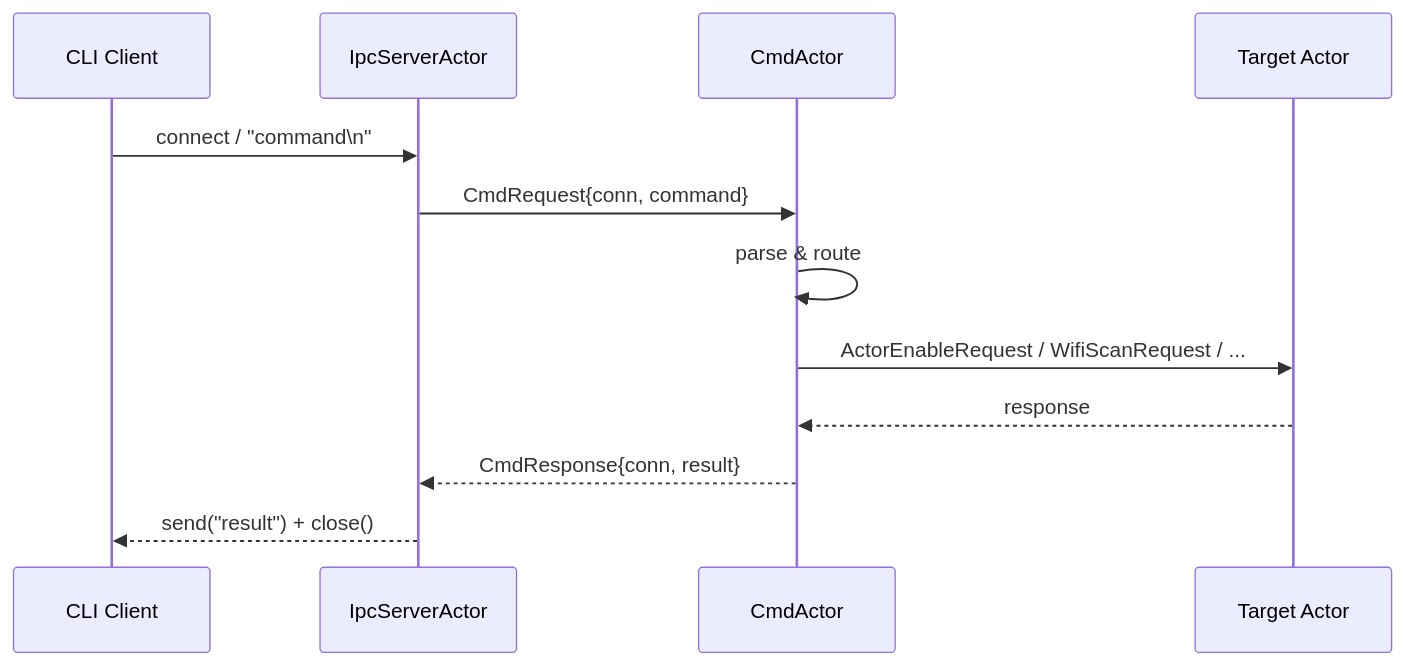
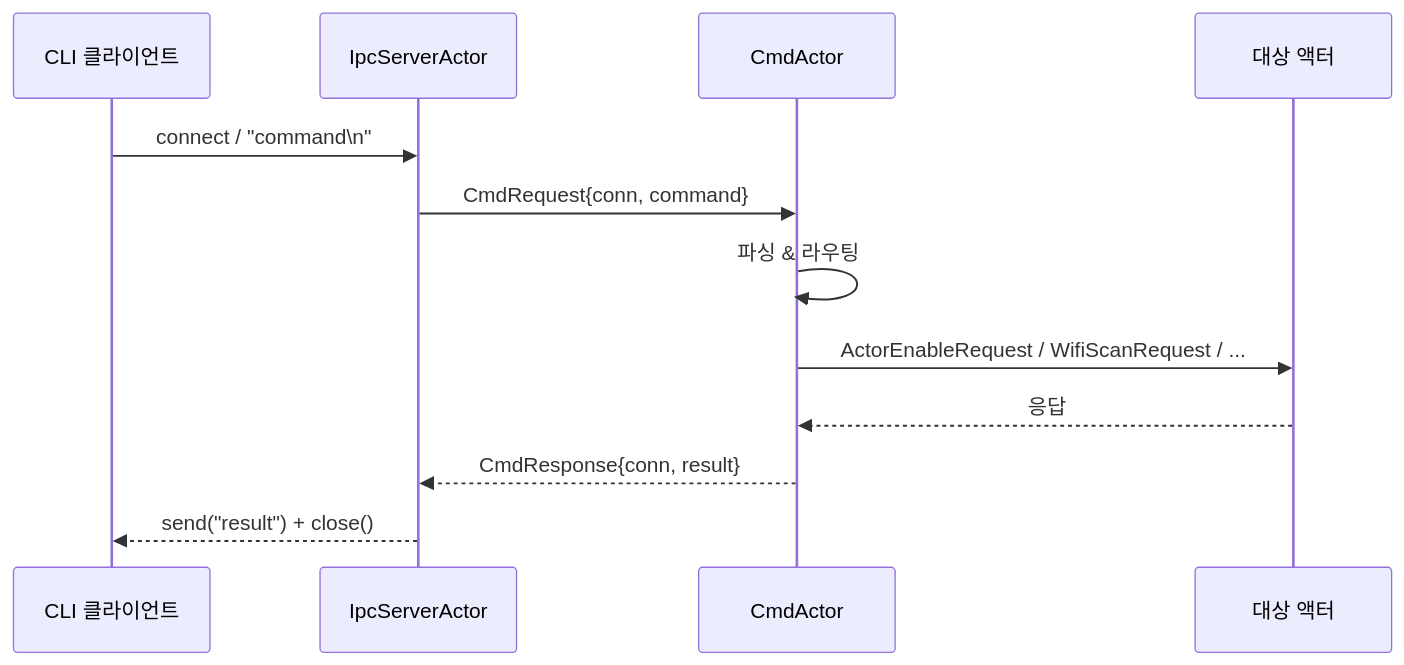
The first of 2 diagrams in docs/architecture/README.md (shoenkh15324/V2-Engine), drawn with Mermaid before and after one commit. The commit also changed other lines of this file and 5 other files, not shown here.

````diff
--- a/docs/architecture/README.md
+++ b/docs/architecture/README.md
@@ -274,15 +274,15 @@
 ```mermaid
 sequenceDiagram
-    participant CLI as CLI Client
+    participant CLI as CLI 클라이언트
     participant IPC as IpcServerActor
     participant CMD as CmdActor
-    participant TGT as Target Actor
+    participant TGT as 대상 액터
 
     CLI->>IPC: connect / "command\n"
     IPC->>CMD: CmdRequest{conn, command}
-    CMD->>CMD: parse & route
+    CMD->>CMD: 파싱 & 라우팅
     CMD->>TGT: ActorEnableRequest / WifiScanRequest / ...
-    TGT-->>CMD: response
+    TGT-->>CMD: 응답
     CMD-->>IPC: CmdResponse{conn, result}
     IPC-->>CLI: send("result") + close()
 ```
````
